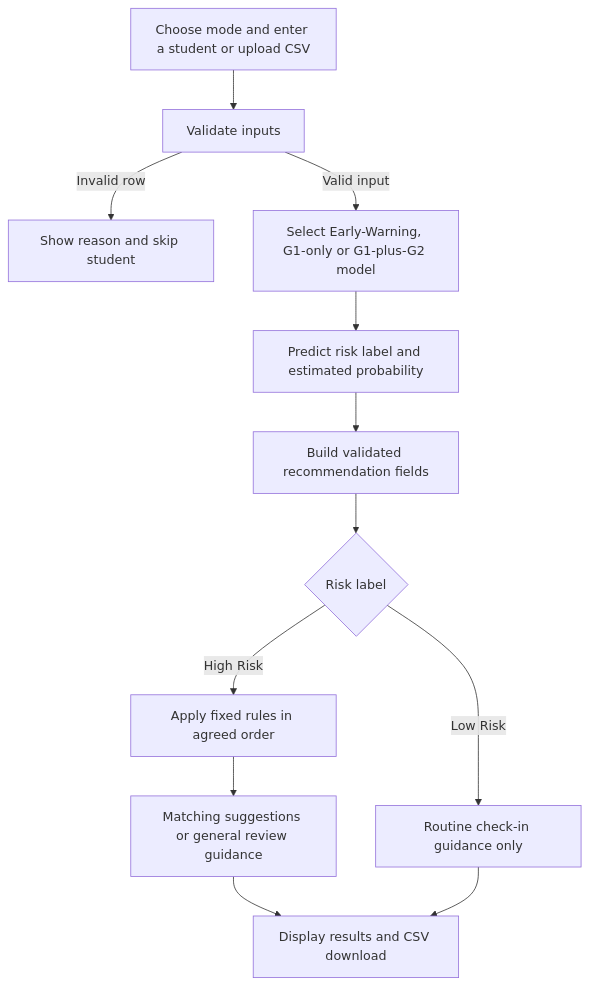
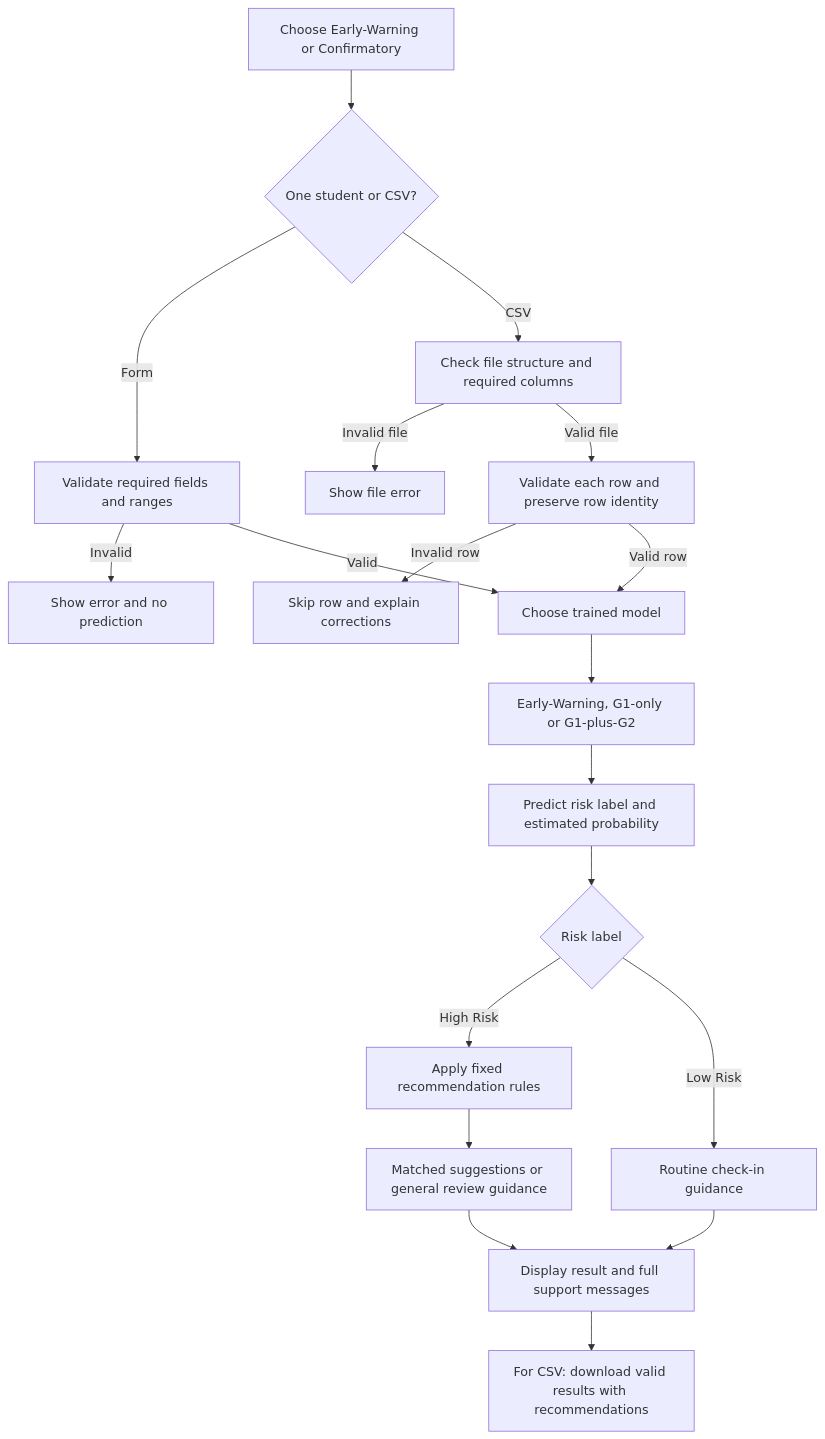
One commit to Hakuverse/ICT304 changed the diagram in project/docs/system-workflow.md. Above: the diagram before and after it, drawn with Mermaid. The commit also changed other lines of this file and 10 other files, not shown here.

````diff
--- a/project/docs/system-workflow.md
+++ b/project/docs/system-workflow.md
@@ -6,14 +6,21 @@
 ```mermaid
 flowchart TD
-    A[Choose mode and enter a student or upload CSV] --> B[Validate inputs]
-    B -->|Invalid row| C[Show reason and skip student]
-    B -->|Valid input| D[Select Early-Warning, G1-only or G1-plus-G2 model]
-    D --> E[Predict risk label and estimated probability]
-    E --> F[Build validated recommendation fields]
-    F --> G{Risk label}
-    G -->|High Risk| H[Apply fixed rules in agreed order]
-    H --> I[Matching suggestions or general review guidance]
-    G -->|Low Risk| J[Routine check-in guidance only]
-    I --> K[Display results and CSV download]
-    J --> K
+    A[Choose Early-Warning or Confirmatory] --> B{One student or CSV?}
+    B -->|Form| C[Validate required fields and ranges]
+    C -->|Invalid| D[Show error and no prediction]
+    B -->|CSV| E[Check file structure and required columns]
+    E -->|Invalid file| F[Show file error]
+    E -->|Valid file| G[Validate each row and preserve row identity]
+    G -->|Invalid row| H[Skip row and explain corrections]
+    G -->|Valid row| I[Choose trained model]
+    C -->|Valid| I
+    I --> J[Early-Warning, G1-only or G1-plus-G2]
+    J --> K[Predict risk label and estimated probability]
+    K --> L{Risk label}
+    L -->|High Risk| M[Apply fixed recommendation rules]
+    M --> N[Matched suggestions or general review guidance]
+    L -->|Low Risk| O[Routine check-in guidance]
+    N --> P[Display result and full support messages]
+    O --> P
+    P --> Q[For CSV: download valid results with recommendations]
 ```
````
